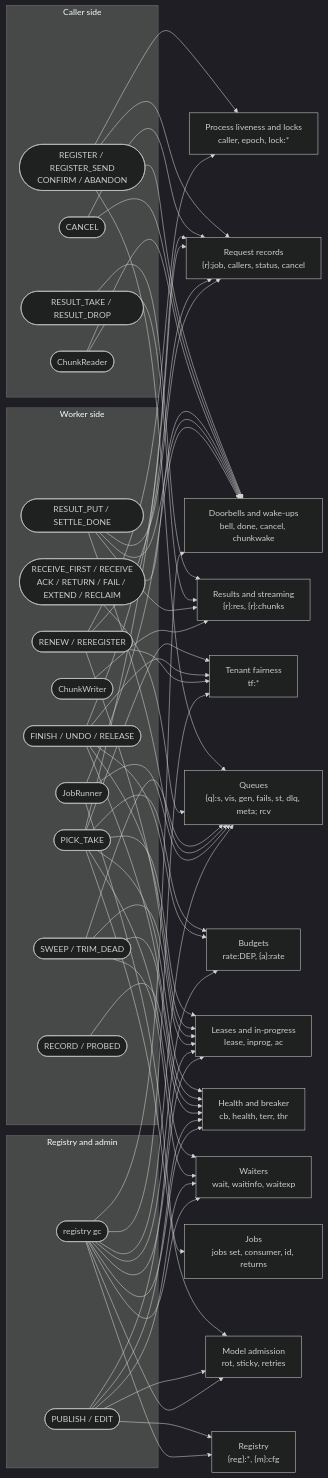
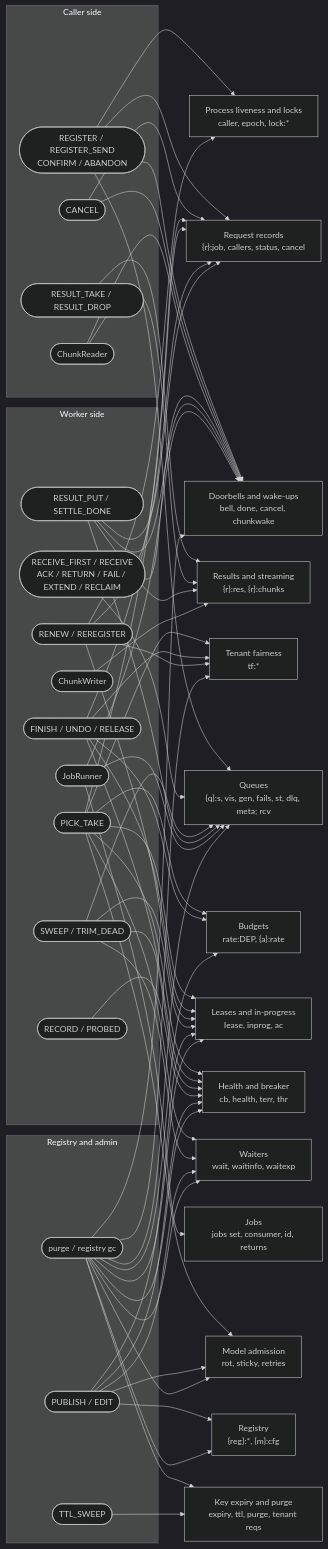
The diagram in docs/reference/store-keys.md (techiewonk/llm-queue), drawn with Mermaid (dark theme) before and after one commit. The commit also changed other lines of this file and 1 other file, not shown here.

First line of the commit message:
Describe both key expiry modes in the store keys reference

````diff
--- a/docs/reference/store-keys.md
+++ b/docs/reference/store-keys.md
@@ -38,52 +51,55 @@
 ```mermaid
 flowchart LR
   subgraph caller["Caller side"]
     REG(["REGISTER / REGISTER_SEND<br/>CONFIRM / ABANDON"])
     TAKE(["RESULT_TAKE / RESULT_DROP"])
     CAN(["CANCEL"])
     CR(["ChunkReader"])
   end
   subgraph worker["Worker side"]
     RCV(["RECEIVE_FIRST / RECEIVE<br/>ACK / RETURN / FAIL / EXTEND / RECLAIM"])
     PICK(["PICK_TAKE"])
     SET(["FINISH / UNDO / RELEASE"])
     BEAT(["RENEW / REREGISTER"])
     SWP(["SWEEP / TRIM_DEAD"])
     PUT(["RESULT_PUT / SETTLE_DONE"])
     CW(["ChunkWriter"])
     HL(["RECORD / PROBED"])
     JOB(["JobRunner"])
   end
   subgraph admin["Registry and admin"]
     PUB(["PUBLISH / EDIT"])
-    GC(["registry gc"])
+    GC(["purge / registry gc"])
+    TS(["TTL_SWEEP"])
   end
   G1["Registry<br/>{reg}:*, {m}:cfg"]
   G2["Model admission<br/>rot, sticky, retries"]
   G3["Budgets<br/>rate:DEP, {a}:rate"]
   G4["Waiters<br/>wait, waitinfo, waitexp"]
   G5["Leases and in-progress<br/>lease, inprog, ac"]
   G6["Health and breaker<br/>cb, health, terr, thr"]
   G7["Tenant fairness<br/>tf:*"]
   G8["Request records<br/>{r}:job, callers, status, cancel"]
   G9["Results and streaming<br/>{r}:res, {r}:chunks"]
   G10["Queues<br/>{q}:s, vis, gen, fails, st, dlq, meta; rcv"]
   G11["Doorbells and wake-ups<br/>bell, done, cancel, chunkwake"]
   G12["Jobs<br/>jobs set, consumer, id, returns"]
   G13["Process liveness and locks<br/>caller, epoch, lock:*"]
+  G14["Key expiry and purge<br/>expiry, ttl, purge, tenant reqs"]
   REG --> G8 & G10 & G11 & G13
   TAKE --> G9
   CAN --> G8 & G11
   CR --> G9 & G11
   RCV --> G10 & G11
   PICK --> G2 & G3 & G4 & G5 & G6 & G7 & G8
   SET --> G3 & G5 & G6 & G7 & G8
   BEAT --> G5 & G7 & G8 & G13
   SWP --> G4 & G5 & G6 & G10
   PUT --> G8 & G9 & G10 & G11
   CW --> G9
   HL --> G6
   JOB --> G10 & G11 & G12
   PUB --> G1 & G2 & G4 & G5 & G6
-  GC --> G1 & G2 & G3 & G4 & G5 & G6 & G7 & G10 & G11
+  GC --> G1 & G2 & G3 & G4 & G5 & G6 & G7 & G10 & G11 & G14
+  TS --> G14
 ```
````
